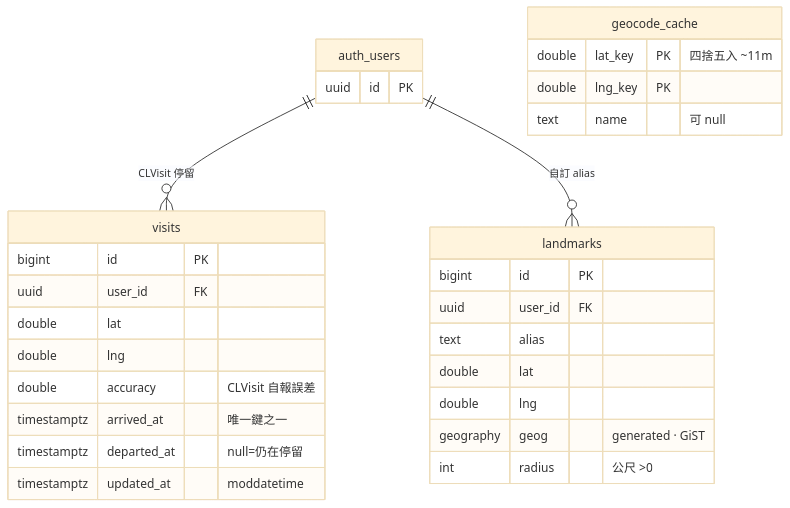
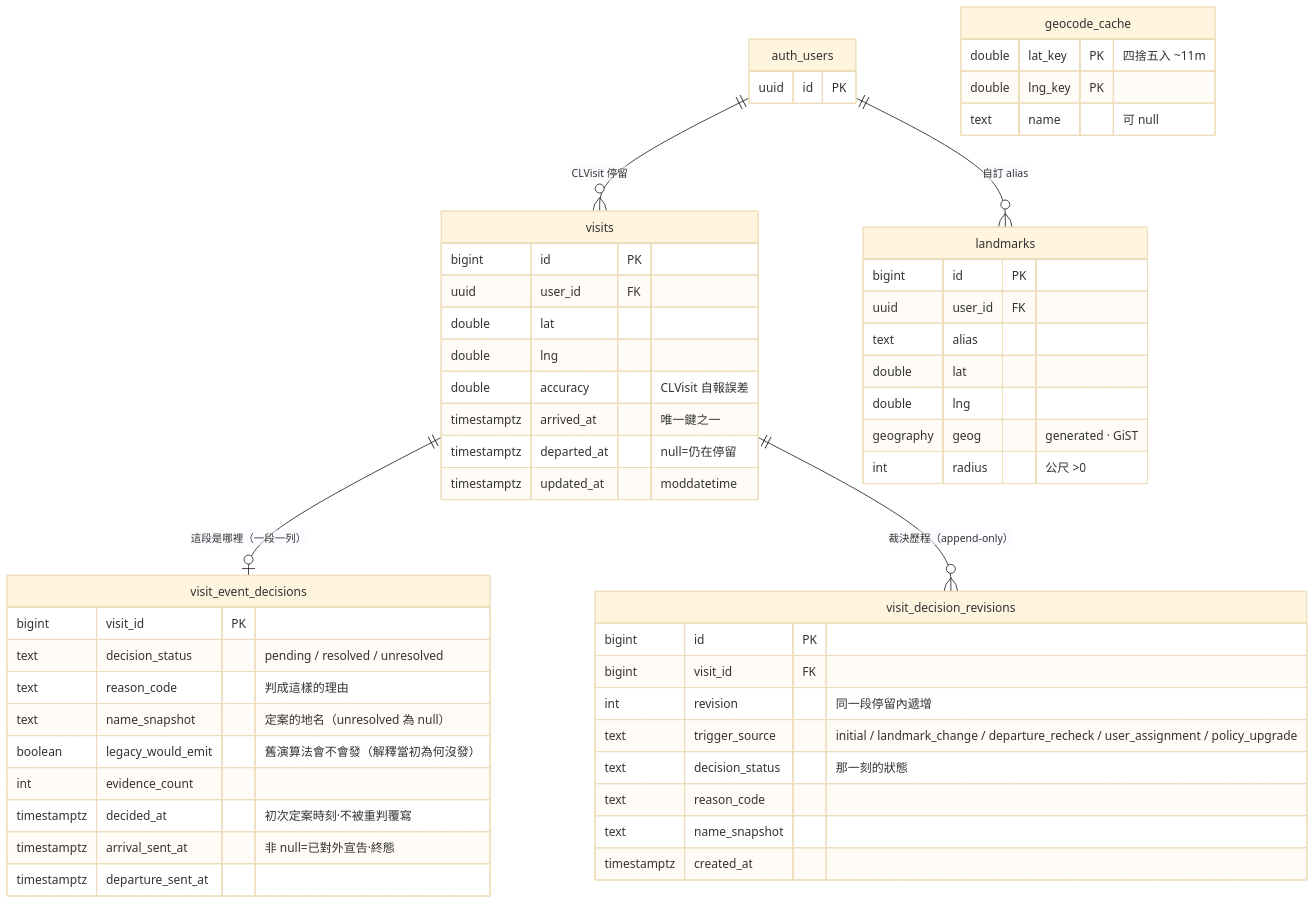
Before and after one commit to KerberosClaw/kc_wherebear_oss: the third of 9 diagrams in docs/ARCHITECTURE.md, drawn with Mermaid (base theme). The commit also changed other lines of this file and 13 other files, not shown here.

````diff
--- a/docs/ARCHITECTURE.md
+++ b/docs/ARCHITECTURE.md
@@ -127,33 +127,56 @@
 ```mermaid
 erDiagram
     auth_users ||--o{ visits : "CLVisit 停留"
     auth_users ||--o{ landmarks : "自訂 alias"
+    visits ||--o| visit_event_decisions : "這段是哪裡（一段一列）"
+    visits ||--o{ visit_decision_revisions : "裁決歷程（append-only）"
 
     auth_users {
         uuid id PK
     }
     visits {
         bigint id PK
         uuid user_id FK
         double lat
         double lng
         double accuracy "CLVisit 自報誤差"
         timestamptz arrived_at "唯一鍵之一"
         timestamptz departed_at "null=仍在停留"
         timestamptz updated_at "moddatetime"
     }
     landmarks {
         bigint id PK
         uuid user_id FK
         text alias
         double lat
         double lng
         geography geog "generated · GiST"
         int radius "公尺 >0"
     }
+    visit_event_decisions {
+        bigint visit_id PK
+        text decision_status "pending / resolved / unresolved"
+        text reason_code "判成這樣的理由"
+        text name_snapshot "定案的地名（unresolved 為 null）"
+        boolean legacy_would_emit "舊演算法會不會發（解釋當初為何沒發）"
+        int evidence_count
+        timestamptz decided_at "初次定案時刻·不被重判覆寫"
+        timestamptz arrival_sent_at "非 null=已對外宣告·終態"
+        timestamptz departure_sent_at
+    }
+    visit_decision_revisions {
+        bigint id PK
+        bigint visit_id FK
+        int revision "同一段停留內遞增"
+        text trigger_source "initial / landmark_change / departure_recheck / user_assignment / policy_upgrade"
+        text decision_status "那一刻的狀態"
+        text reason_code
+        text name_snapshot
+        timestamptz created_at
+    }
     geocode_cache {
         double lat_key PK "四捨五入 ~11m"
         double lng_key PK
         text name "可 null"
     }
 ```
````
